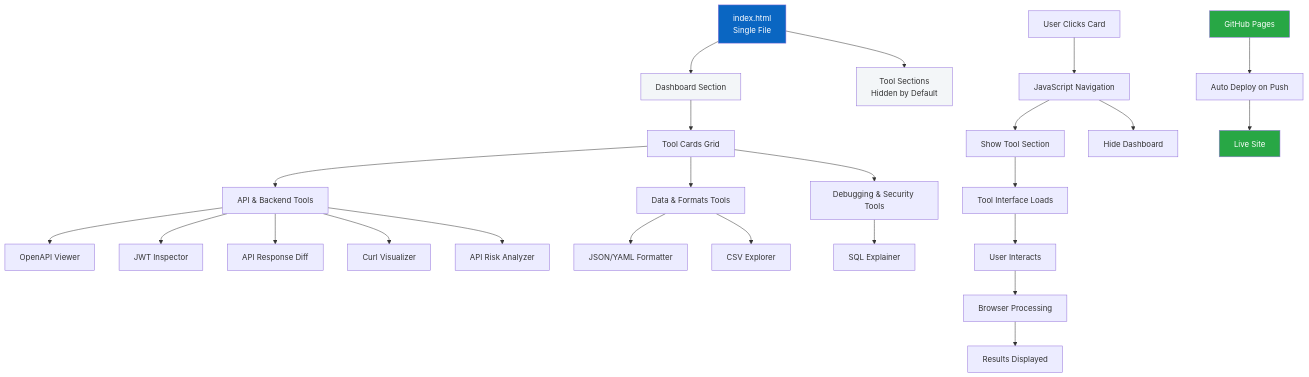
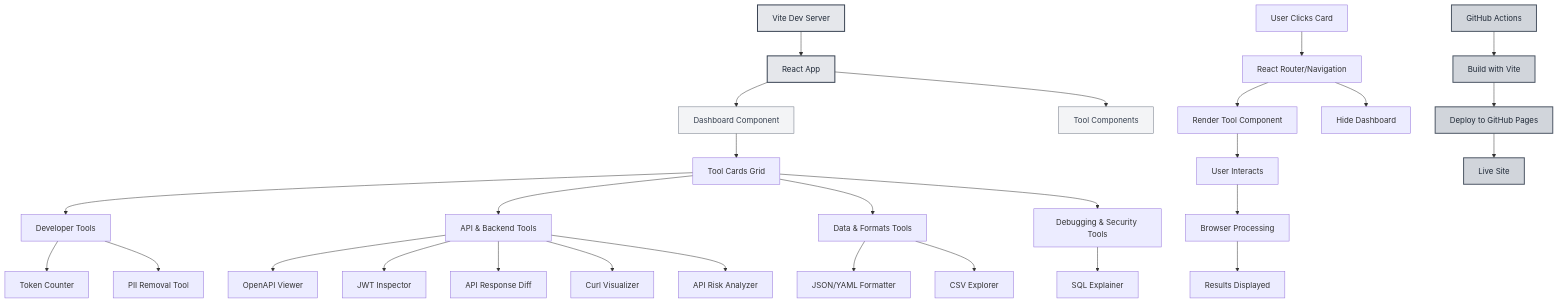
The second of 5 diagrams in README.md (girijashankarj/garry-micro-dev-utilities), drawn with Mermaid before and after one commit. The commit also changed other lines of this file and 50 other files, not shown here.

First line of the commit message:
docs: update README with token visualization, PII removal features, and tooltips

````diff
--- a/README.md
+++ b/README.md
@@ -159,39 +197,47 @@
 ```mermaid
 graph TB
-    A[index.html<br/>Single File] --> B[Dashboard Section]
-    A --> C[Tool Sections<br/>Hidden by Default]
+    A[Vite Dev Server] --> B[React App]
+    B --> C[Dashboard Component]
+    B --> D[Tool Components]
     
-    B --> D[Tool Cards Grid]
-    D --> E[API & Backend Tools]
-    D --> F[Data & Formats Tools]
-    D --> G[Debugging & Security Tools]
+    C --> E[Tool Cards Grid]
+    E --> E1[Developer Tools]
+    E --> F[API & Backend Tools]
+    E --> G[Data & Formats Tools]
+    E --> H[Debugging & Security Tools]
     
-    E --> E1[OpenAPI Viewer]
-    E --> E2[JWT Inspector]
-    E --> E3[API Response Diff]
-    E --> E4[Curl Visualizer]
-    E --> E5[API Risk Analyzer]
+    E1 --> E1A[Token Counter]
+    E1 --> E1B[PII Removal Tool]
     
-    F --> F1[JSON/YAML Formatter]
-    F --> F2[CSV Explorer]
+    F --> F1[OpenAPI Viewer]
+    F --> F2[JWT Inspector]
+    F --> F3[API Response Diff]
+    F --> F4[Curl Visualizer]
+    F --> F5[API Risk Analyzer]
     
-    G --> G1[SQL Explainer]
+    G --> G1[JSON/YAML Formatter]
+    G --> G2[CSV Explorer]
     
-    H[User Clicks Card] --> I[JavaScript Navigation]
-    I --> J[Show Tool Section]
-    I --> K[Hide Dashboard]
+    H --> H1[SQL Explainer]
     
-    J --> L[Tool Interface Loads]
-    L --> M[User Interacts]
+    I[User Clicks Card] --> J[React Router/Navigation]
+    J --> K[Render Tool Component]
+    J --> L[Hide Dashboard]
+    
+    K --> M[User Interacts]
     M --> N[Browser Processing]
     N --> O[Results Displayed]
     
-    P[GitHub Pages] --> Q[Auto Deploy on Push]
-    Q --> R[Live Site]
+    P[GitHub Actions] --> Q[Build with Vite]
+    Q --> R[Deploy to GitHub Pages]
+    R --> S[Live Site]
     
-    style A fill:#0A66C2,color:#fff
-    style B fill:#F3F6F8
-    style C fill:#F3F6F8
-    style P fill:#28a745,color:#fff
-    style R fill:#28a745,color:#fff
+    style A fill:#e5e7eb,stroke:#374151,stroke-width:2px,color:#1f2937
+    style B fill:#e5e7eb,stroke:#374151,stroke-width:2px,color:#1f2937
+    style C fill:#f3f4f6,stroke:#6b7280,stroke-width:1px,color:#374151
+    style D fill:#f3f4f6,stroke:#6b7280,stroke-width:1px,color:#374151
+    style P fill:#d1d5db,stroke:#4b5563,stroke-width:2px,color:#1f2937
+    style Q fill:#d1d5db,stroke:#4b5563,stroke-width:2px,color:#1f2937
+    style R fill:#d1d5db,stroke:#4b5563,stroke-width:2px,color:#1f2937
+    style S fill:#d1d5db,stroke:#4b5563,stroke-width:2px,color:#1f2937
 ```
````
